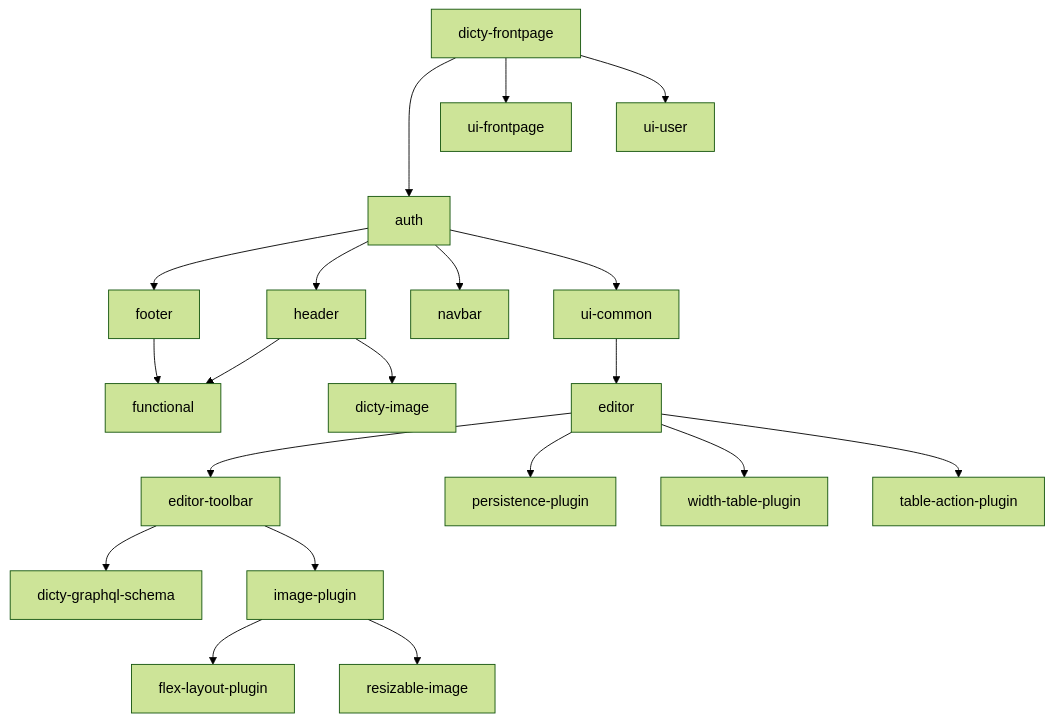
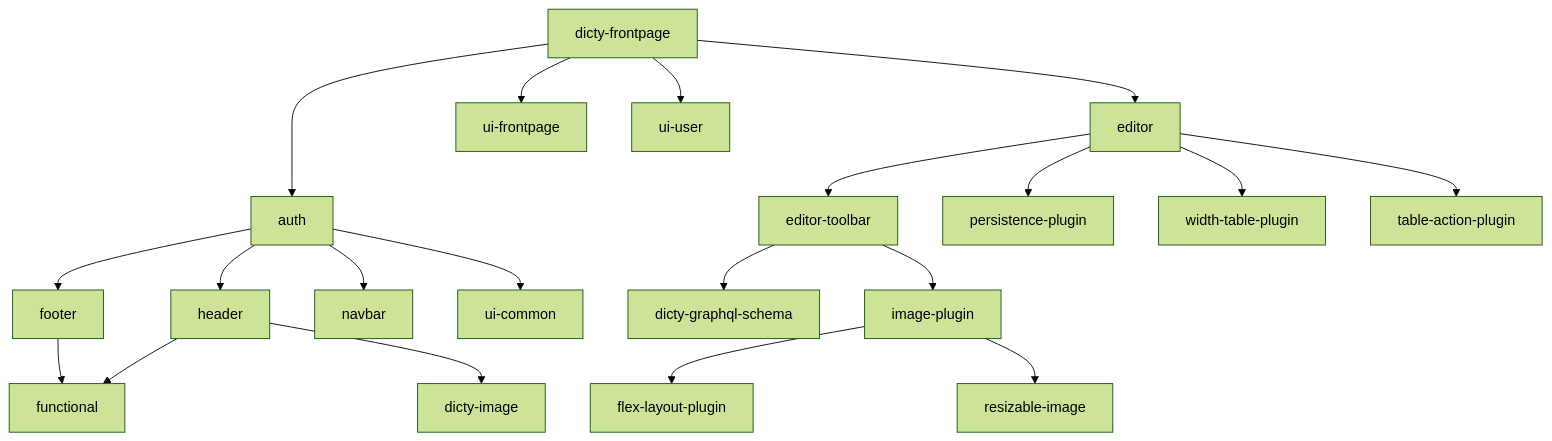
One commit to dictyBase/frontendx changed the first of 2 diagrams in dependency-graph.md. Above: the diagram before and after it, drawn with Mermaid (forest theme).

Commit message:
docs(dependency-graph.md): add new dependency from A to J in the flowchart
The dependency graph markdown file has been updated to include a new dependency from node A to node J in the flowchart. This change enhances the visualization of the dependencies in the system by explicitly showing the relationship between node A and node J.

````diff
--- a/dependency-graph.md
+++ b/dependency-graph.md
@@ -1,51 +1,50 @@
 ```mermaid
 flowchart TD
     A[dicty-frontpage]
     B[auth]
     D[footer]
     DI[dicty-image]
     F[functional]
     G[header]
     UIC[ui-common]
     UIF[ui-frontpage]
     UIU[ui-user]
     I[dicty-graphql-schema]
     J[editor]
     K[navbar]
     ET[editor-toolbar]
     IP[image-plugin]
     FLP[flex-layout-plugin]
     RI[resizable-image]
     PP[persistence-plugin]
     WP[width-table-plugin]
     TP[table-action-plugin]
 
     A ---> B
     A --> UIF
     A --> UIU
+    A --> J
 
     B --> D
     B --> G
     B --> K
     B --> UIC
 
     D --> F
 
     G --> F
     G --> DI
-
-    UIC --> J
     
     J --> ET
     J --> PP
     J --> WP
     J --> TP
 
     ET --> I
     ET --> IP
 
     IP --> FLP
     IP --> RI
 
 
 ```
````
